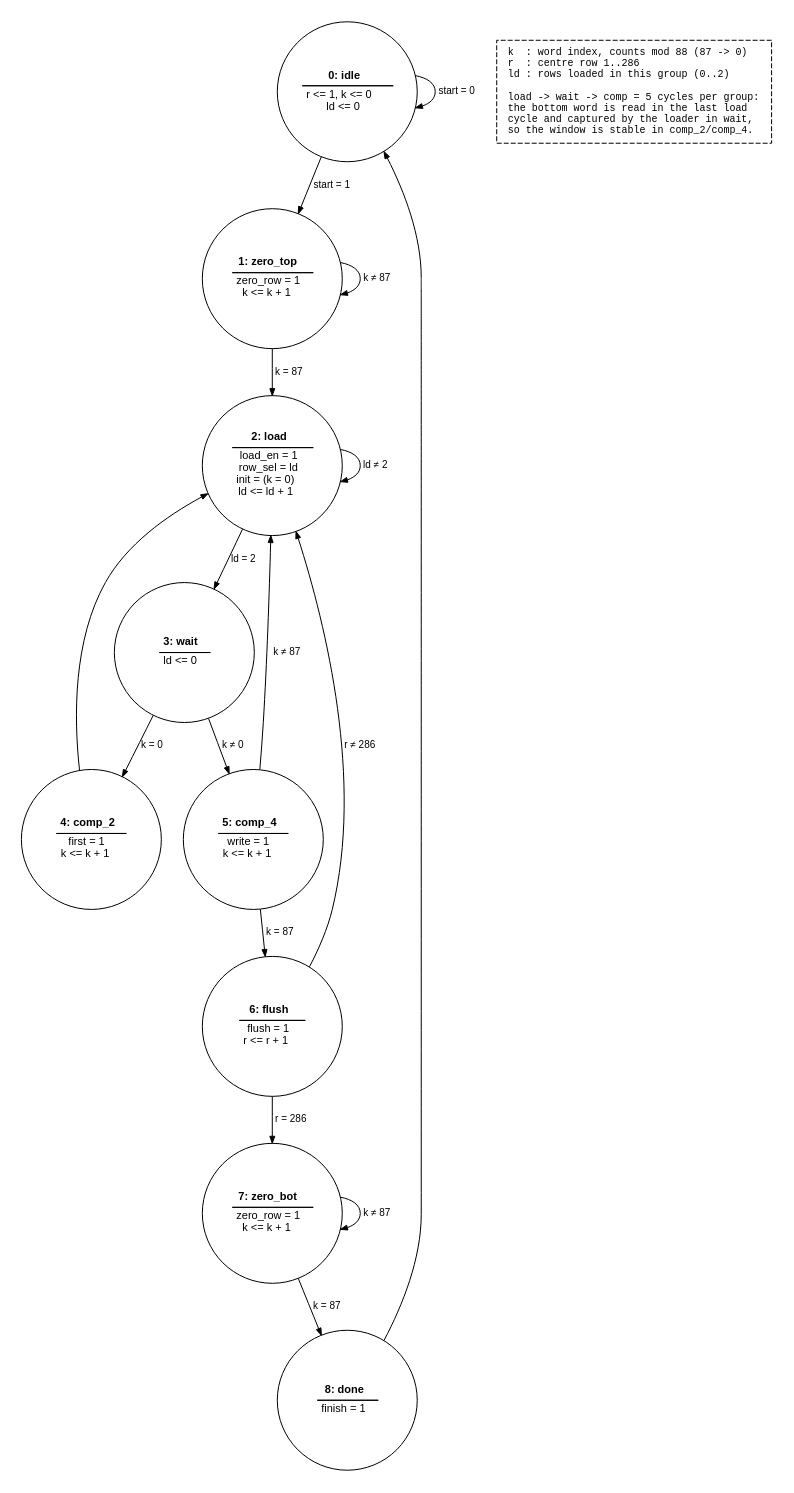
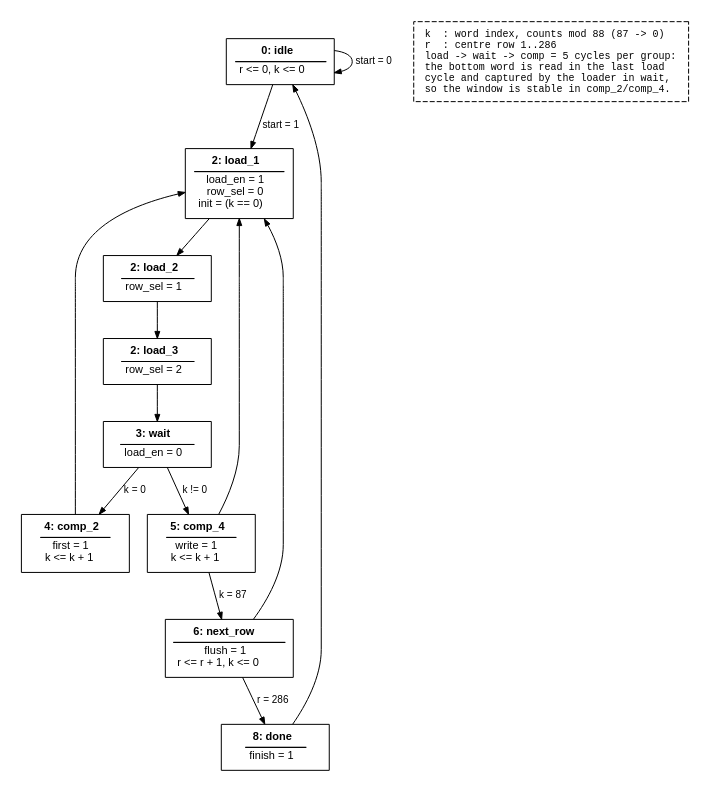
The diagram in report/figures/controller_fsm.dot (denizlg24/02203_assignement_2), drawn with Graphviz before and after one commit.

Commit message:
update controller fsm to current design

```diff
--- a/report/figures/controller_fsm.dot
+++ b/report/figures/controller_fsm.dot
@@ -1,34 +1,31 @@
 digraph controller_fsm {
     graph [bgcolor="white", splines=true, outputorder=nodesfirst, pad=0.2];
-    node [shape=circle, fixedsize=true, width=1.944, fontname="Helvetica", fontsize=11];
+    node [shape=rect, fixedsize=false, width=1.5, fontname="Helvetica", fontsize=11];
     edge [fontname="Helvetica", fontsize=10, arrowsize=0.7];
 
     // Moore outputs (=) and register transfers (<=) below the divider
-    s0 [label=<<TABLE BORDER="0" CELLBORDER="0" CELLSPACING="2"><TR><TD><B>0: idle</B></TD></TR><HR/><TR><TD>r &lt;= 1, k &lt;= 0<BR/>ld &lt;= 0</TD></TR></TABLE>>, pos="0.0,1260.0"];
-    s1 [label=<<TABLE BORDER="0" CELLBORDER="0" CELLSPACING="2"><TR><TD><B>1: zero_top</B></TD></TR><HR/><TR><TD>zero_row = 1<BR/>k &lt;= k + 1</TD></TR></TABLE>>, pos="0.0,1070.0"];
-    s2 [label=<<TABLE BORDER="0" CELLBORDER="0" CELLSPACING="2"><TR><TD><B>2: load</B></TD></TR><HR/><TR><TD>load_en = 1<BR/>row_sel = ld<BR/>init = (k = 0)<BR/>ld &lt;= ld + 1</TD></TR></TABLE>>, pos="0.0,880.0"];
-    s3 [label=<<TABLE BORDER="0" CELLBORDER="0" CELLSPACING="2"><TR><TD><B>3: wait</B></TD></TR><HR/><TR><TD>ld &lt;= 0</TD></TR></TABLE>>, pos="0.0,690.0"];
-    s4 [label=<<TABLE BORDER="0" CELLBORDER="0" CELLSPACING="2"><TR><TD><B>4: comp_2</B></TD></TR><HR/><TR><TD>first = 1<BR/>k &lt;= k + 1</TD></TR></TABLE>>, pos="-240.0,510.0"];
-    s5 [label=<<TABLE BORDER="0" CELLBORDER="0" CELLSPACING="2"><TR><TD><B>5: comp_4</B></TD></TR><HR/><TR><TD>write = 1<BR/>k &lt;= k + 1</TD></TR></TABLE>>, pos="240.0,510.0"];
-    s6 [label=<<TABLE BORDER="0" CELLBORDER="0" CELLSPACING="2"><TR><TD><B>6: flush</B></TD></TR><HR/><TR><TD>flush = 1<BR/>r &lt;= r + 1</TD></TR></TABLE>>, pos="240.0,320.0"];
-    s7 [label=<<TABLE BORDER="0" CELLBORDER="0" CELLSPACING="2"><TR><TD><B>7: zero_bot</B></TD></TR><HR/><TR><TD>zero_row = 1<BR/>k &lt;= k + 1</TD></TR></TABLE>>, pos="240.0,130.0"];
-    s8 [label=<<TABLE BORDER="0" CELLBORDER="0" CELLSPACING="2"><TR><TD><B>8: done</B></TD></TR><HR/><TR><TD>finish = 1</TD></TR></TABLE>>, pos="-240.0,130.0"];
-    note0 [shape=box, fixedsize=false, style=dashed, fontsize=10, fontname="Courier", margin="0.15,0.1", label="k  : word index, counts mod 88 (87 -> 0)\lr  : centre row 1..286\lld : rows loaded in this group (0..2)\l\lload -> wait -> comp = 5 cycles per group:\lthe bottom word is read in the last load\lcycle and captured by the loader in wait,\lso the window is stable in comp_2/comp_4.\l", pos="-300.0,320.0"];
-
-    s0 -> s0 [pos="e,64.9,1233.8 64.9,1286.2 122.5,1342.1 124.3,1186.3 70.3,1229.1", label="start = 0", lp="135.9,1260.0"];
-    s0 -> s1 [pos="e,0.0,1140.0 0.0,1190.0 0.0,1190.0 0.0,1147.0 0.0,1147.0", label="start = 1", lp="27.4,1165.0"];
-    s1 -> s1 [pos="e,-64.9,1096.2 -64.9,1043.8 -122.5,987.9 -124.3,1143.7 -70.3,1100.9", label="k ≠ 87", lp="-128.1,1070.0"];
-    s1 -> s2 [pos="e,0.0,950.0 0.0,1000.0 0.0,1000.0 0.0,957.0 0.0,957.0", label="k = 87", lp="19.6,975.0"];
-    s2 -> s2 [pos="e,-64.9,906.2 -64.9,853.8 -122.5,797.9 -124.3,953.7 -70.3,910.9", label="ld ≠ 2", lp="-128.1,880.0"];
-    s2 -> s3 [pos="e,0.0,760.0 0.0,810.0 0.0,810.0 0.0,767.0 0.0,767.0", label="ld = 2", lp="19.6,785.0"];
-    s3 -> s4 [pos="e,-184.0,552.0 -56.0,648.0 -56.0,648.0 -178.4,556.2 -178.4,556.2", label="k = 0", lp="-104.6,590.8"];
-    s3 -> s5 [pos="e,184.0,552.0 56.0,648.0 56.0,648.0 178.4,556.2 178.4,556.2", label="k ≠ 0", lp="104.6,590.8"];
-    s4 -> s2 [pos="e,-38.1,821.3 -201.9,568.7 -201.9,568.7 -41.9,815.4 -41.9,815.4"];
-    s5 -> s2 [pos="e,38.1,821.3 201.9,568.7 201.9,568.7 41.9,815.4 41.9,815.4", label="k ≠ 87", lp="171.7,652.7"];
-    s5 -> s6 [pos="e,240.0,390.0 240.0,440.0 240.0,440.0 240.0,397.0 240.0,397.0", label="k = 87", lp="259.6,415.0"];
-    s6 -> s7 [pos="e,240.0,200.0 240.0,250.0 240.0,250.0 240.0,207.0 240.0,207.0", label="r = 286", lp="262.2,225.0"];
-    s7 -> s7 [pos="e,304.9,103.8 304.9,156.2 362.5,212.1 364.3,56.3 310.3,99.1", label="k ≠ 87", lp="368.1,130.0"];
-    s7 -> s8 [pos="e,-170.0,130.0 170.0,130.0 170.0,130.0 -163.0,130.0 -163.0,130.0", label="k = 87", lp="0.0,120.0"];
-    s6 -> s2 [pos="e,70.0,880.0 310.0,320.0 310.0,320.0 460.0,320.0 460.0,320.0 460.0,320.0 460.0,880.0 460.0,880.0 460.0,880.0 77.0,880.0 77.0,880.0", label="r ≠ 286", lp="482.2,610.0"];
-    s8 -> s0 [pos="e,-70.0,1260.0 -310.0,130.0 -310.0,130.0 -540.0,130.0 -540.0,130.0 -540.0,130.0 -540.0,1260.0 -540.0,1260.0 -540.0,1260.0 -77.0,1260.0 -77.0,1260.0"];
+    s0 [label=<<TABLE BORDER="0" CELLBORDER="0" CELLSPACING="2"><TR><TD><B>0: idle</B></TD></TR><HR/><TR><TD>r &lt;= 0, k &lt;= 0</TD></TR></TABLE>>];
+    s1 [label=<<TABLE BORDER="0" CELLBORDER="0" CELLSPACING="2"><TR><TD><B>2: load_1</B></TD></TR><HR/><TR><TD>load_en = 1<BR/>row_sel = 0<BR/>init = (k == 0)</TD></TR></TABLE>>];
+    s2 [label=<<TABLE BORDER="0" CELLBORDER="0" CELLSPACING="2"><TR><TD><B>2: load_2</B></TD></TR><HR/><TR><TD>row_sel = 1<BR/></TD></TR></TABLE>>];
+    s3 [label=<<TABLE BORDER="0" CELLBORDER="0" CELLSPACING="2"><TR><TD><B>2: load_3</B></TD></TR><HR/><TR><TD>row_sel = 2<BR/></TD></TR></TABLE>>];
+    s4 [label=<<TABLE BORDER="0" CELLBORDER="0" CELLSPACING="2"><TR><TD><B>3: wait</B></TD></TR><HR/><TR><TD>load_en = 0</TD></TR></TABLE>>];
+    s5 [label=<<TABLE BORDER="0" CELLBORDER="0" CELLSPACING="2"><TR><TD><B>4: comp_2</B></TD></TR><HR/><TR><TD>first = 1<BR/>k &lt;= k + 1</TD></TR></TABLE>>];
+    s6 [label=<<TABLE BORDER="0" CELLBORDER="0" CELLSPACING="2"><TR><TD><B>5: comp_4</B></TD></TR><HR/><TR><TD>write = 1<BR/>k &lt;= k + 1</TD></TR></TABLE>>];
+    s7 [label=<<TABLE BORDER="0" CELLBORDER="0" CELLSPACING="2"><TR><TD><B>6: next_row</B></TD></TR><HR/><TR><TD>flush = 1<BR/>r &lt;= r + 1, k &lt;= 0</TD></TR></TABLE>>];
+    s8 [label=<<TABLE BORDER="0" CELLBORDER="0" CELLSPACING="2"><TR><TD><B>8: done</B></TD></TR><HR/><TR><TD>finish = 1</TD></TR></TABLE>>];
+    note0 [shape=box, fixedsize=false, style=dashed, fontsize=10, fontname="Courier", margin="0.15,0.1", label="k  : word index, counts mod 88 (87 -> 0)\lr  : centre row 1..286\lload -> wait -> comp = 5 cycles per group:\lthe bottom word is read in the last load\lcycle and captured by the loader in wait,\lso the window is stable in comp_2/comp_4.\l"];
+    s0 -> s0 [label="start = 0"];
+    s0 -> s1 [label="start = 1"];
+    s1 -> s2;
+    s2 -> s3;
+    s3 -> s4;
+    s4 -> s5 [label="k = 0"];
+    s5 -> s1;
+    s4 -> s6 [label="k != 0"];
+    s6 -> s7 [label="k = 87"];
+    s6 -> s1;
+    s7 -> s8 [label="r = 286"];
+    s7 -> s1;
+    s8 -> s0;
+    
 }
```
